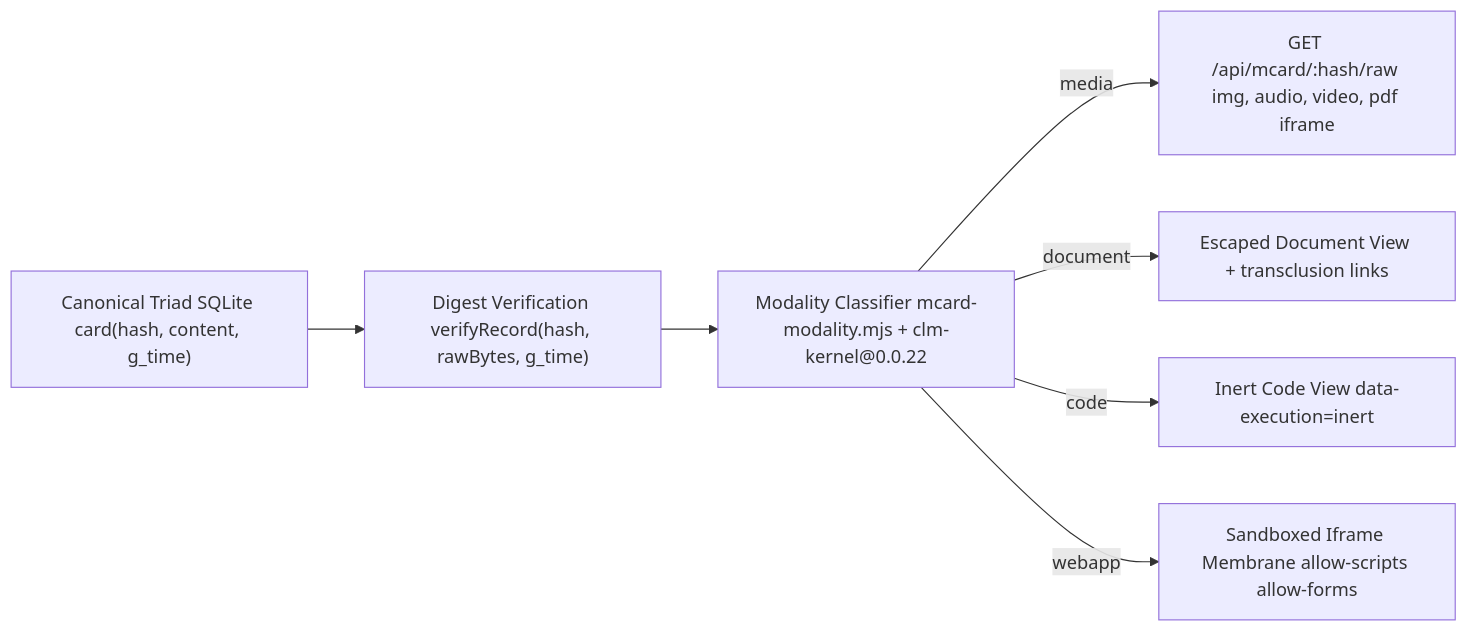
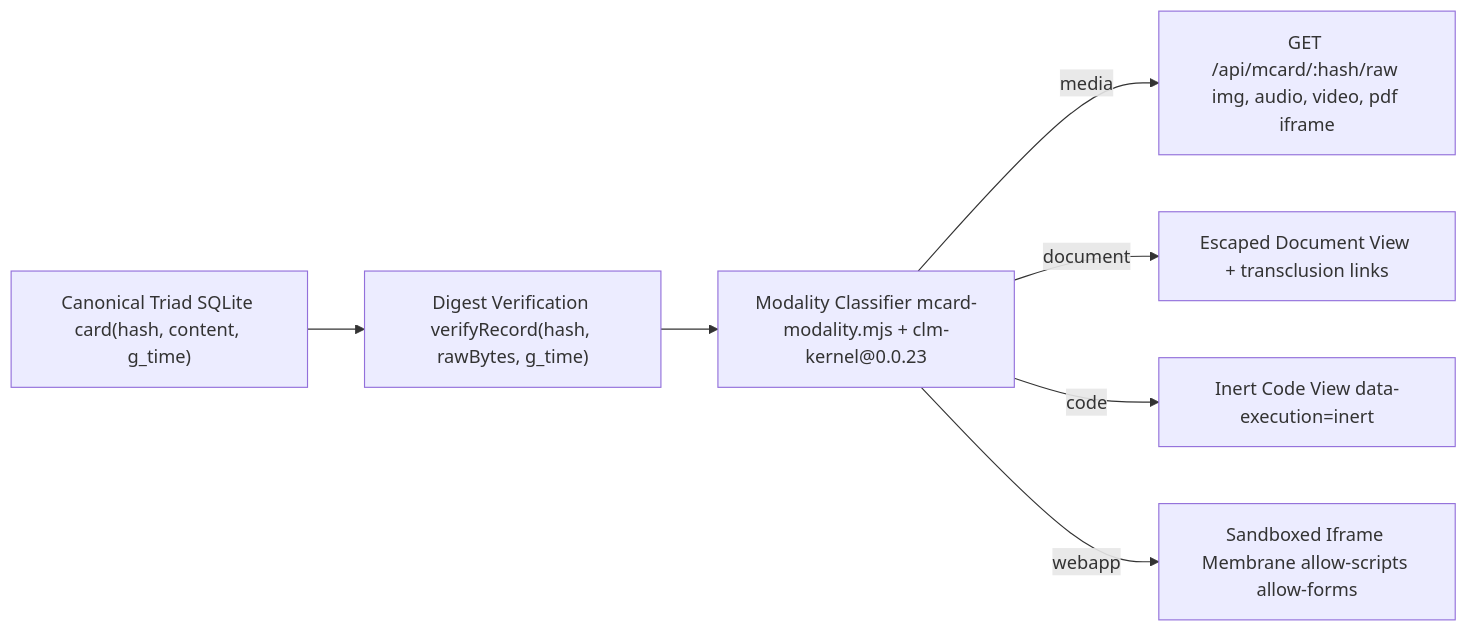
One commit to xlp0/LandingPage changed the diagram in docs/01-architecture/UNIVERSAL_MCARD_BROWSER_ARCHITECTURE.md. Above: the diagram before and after it, drawn with Mermaid. The commit also changed other lines of this file and 40 other files, not shown here.

Commit message:
feat(kernel): adopt clm-kernel@0.0.23 capabilities, conformance suite, and docs

````diff
--- a/docs/01-architecture/UNIVERSAL_MCARD_BROWSER_ARCHITECTURE.md
+++ b/docs/01-architecture/UNIVERSAL_MCARD_BROWSER_ARCHITECTURE.md
@@ -36,9 +36,9 @@
 ```mermaid
 flowchart LR
   SQLite["Canonical Triad SQLite card(hash, content, g_time)"] --> Verify["Digest Verification verifyRecord(hash, rawBytes, g_time)"]
-  Verify --> Classify["Modality Classifier mcard-modality.mjs + clm-kernel@0.0.22"]
+  Verify --> Classify["Modality Classifier mcard-modality.mjs + clm-kernel@0.0.23"]
   Classify -->|"media"| MediaOut["GET /api/mcard/:hash/raw img, audio, video, pdf iframe"]
   Classify -->|"document"| DocOut["Escaped Document View + transclusion links"]
   Classify -->|"code"| CodeOut["Inert Code View data-execution=inert"]
   Classify -->|"webapp"| WebappOut["Sandboxed Iframe Membrane allow-scripts allow-forms"]
 ```
````
